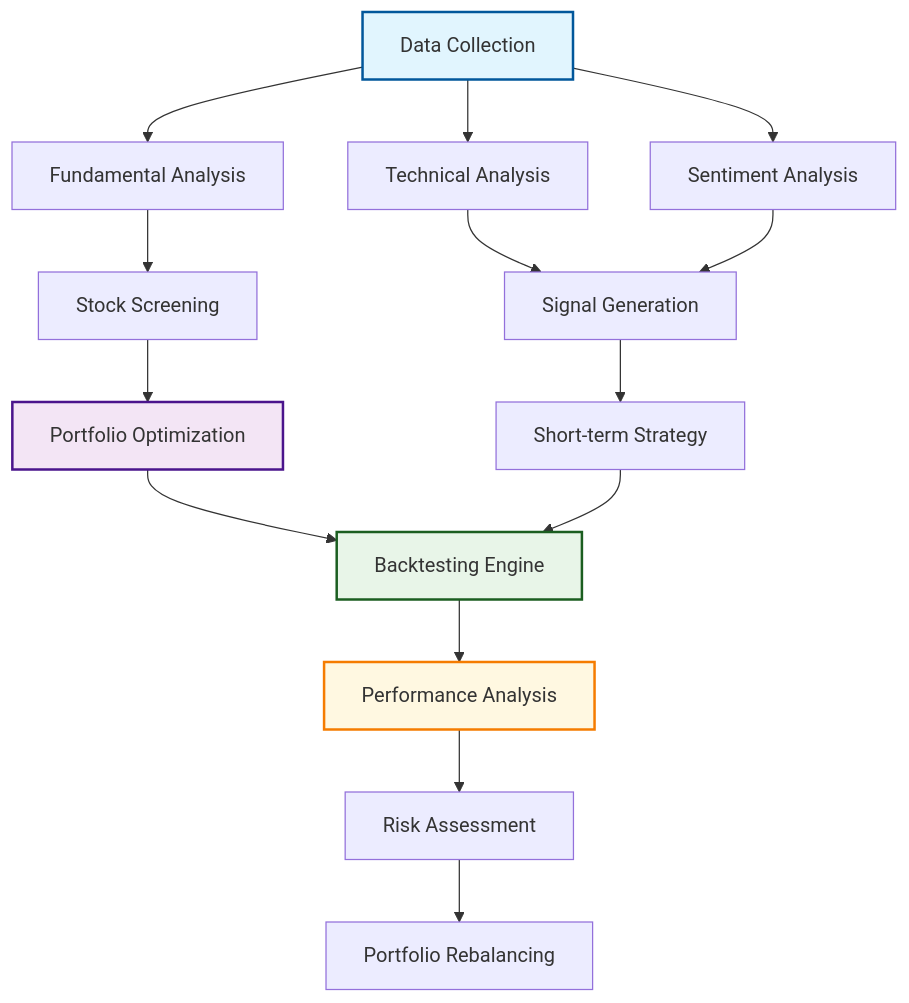
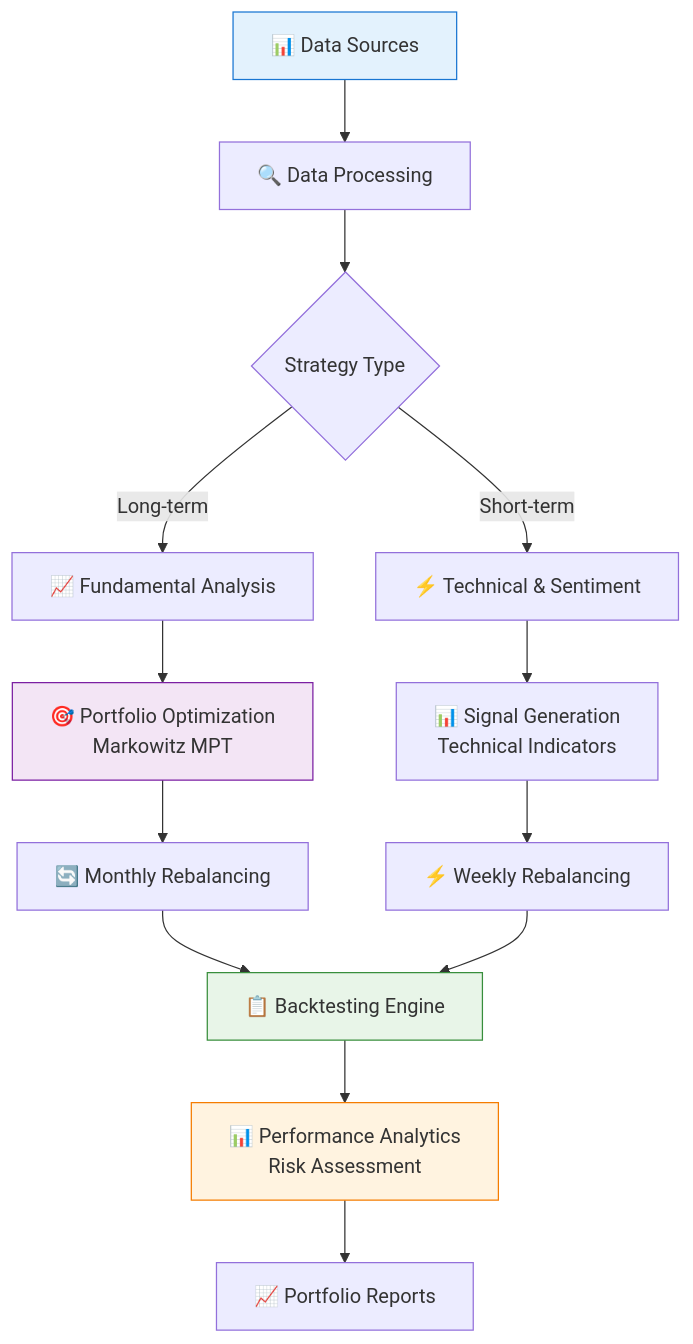
The first of 2 diagrams in README.md (renan-peres/mfin-algo-trading-team), drawn with Mermaid before and after one commit. The commit also changed other lines of this file, not shown here.

Commit message:
Mermaid Diagram Update

````diff
--- a/README.md
+++ b/README.md
@@ -64,25 +67,25 @@
 ```mermaid
-flowchart TD
-    A[Data Collection] --> B[Fundamental Analysis]
-    A --> C[Technical Analysis]
-    A --> D[Sentiment Analysis]
+flowchart TB
+    A[📊 Data Sources] --> B[🔍 Data Processing]
+    B --> C{Strategy Type}
     
-    B --> E[Stock Screening]
-    C --> F[Signal Generation]
-    D --> F
+    C -->|Long-term| D[📈 Fundamental Analysis]
+    C -->|Short-term| E[⚡ Technical & Sentiment]
     
-    E --> G[Portfolio Optimization]
-    F --> H[Short-term Strategy]
+    D --> F[🎯 Portfolio Optimization<br/>Markowitz MPT]
+    E --> G[📊 Signal Generation<br/>Technical Indicators]
     
-    G --> I[Backtesting Engine]
-    H --> I
+    F --> H[🔄 Monthly Rebalancing]
+    G --> I[⚡ Weekly Rebalancing]
     
-    I --> J[Performance Analysis]
-    J --> K[Risk Assessment]
-    K --> L[Portfolio Rebalancing]
+    H --> J[📋 Backtesting Engine]
+    I --> J
     
-    style A fill:#e1f5fe,stroke:#01579b,stroke-width:2px
-    style G fill:#f3e5f5,stroke:#4a148c,stroke-width:2px
-    style I fill:#e8f5e8,stroke:#1b5e20,stroke-width:2px
-    style J fill:#fff8e1,stroke:#f57c00,stroke-width:2px
+    J --> K[📊 Performance Analytics<br/>Risk Assessment]
+    K --> L[📈 Portfolio Reports]
+    
+    style A fill:#e3f2fd,stroke:#1976d2
+    style F fill:#f3e5f5,stroke:#7b1fa2
+    style J fill:#e8f5e8,stroke:#388e3c
+    style K fill:#fff3e0,stroke:#f57c00
 ```
````
